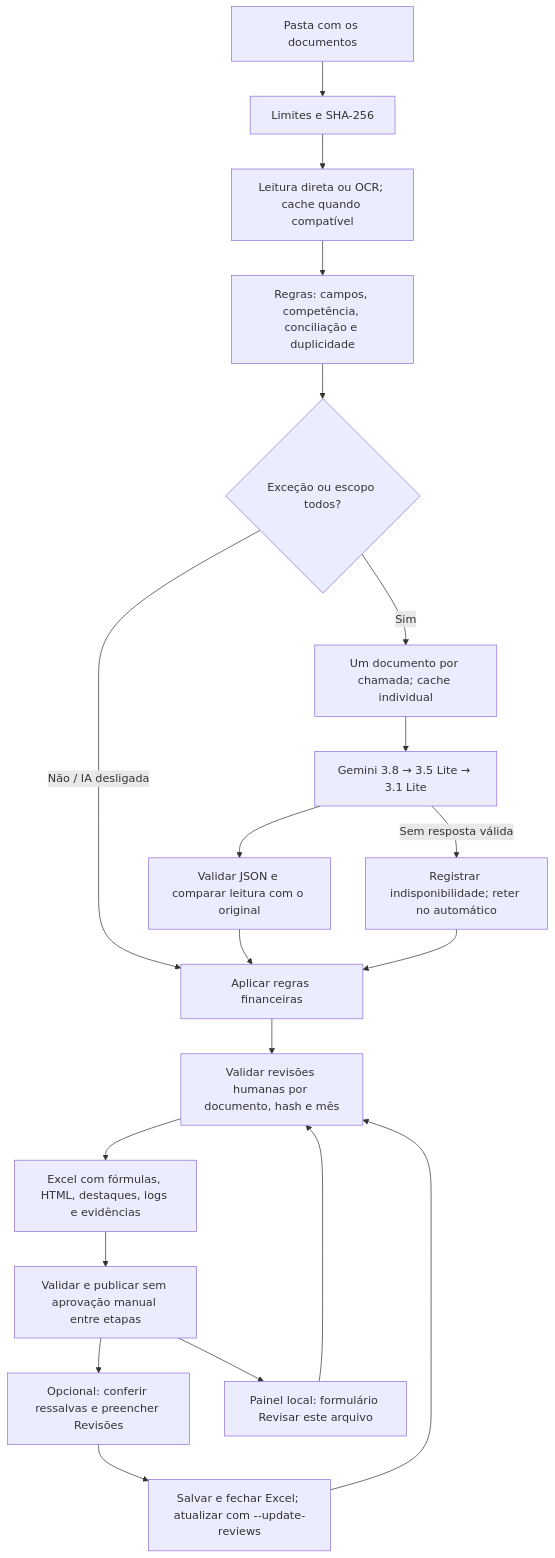
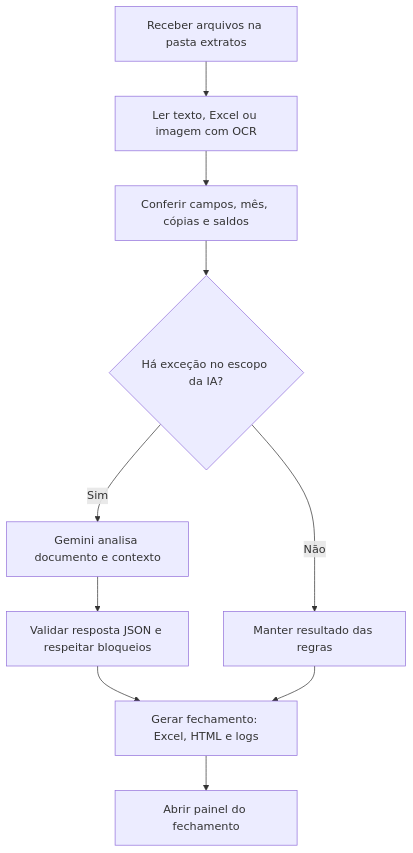
Before and after one commit to felipexxxxx/goener-case: the first of 3 diagrams in README.md, drawn with Mermaid. The commit also changed other lines of this file and 15 other files, not shown here.

````diff
--- a/README.md
+++ b/README.md
@@ -203,22 +79,12 @@
 ```mermaid
 flowchart TD
-    A[Pasta com os documentos] --> B[Limites e SHA-256]
-    B --> C[Leitura direta ou OCR; cache quando compatível]
-    C --> D[Regras: campos, competência, conciliação e duplicidade]
-    D --> E{Exceção ou escopo todos?}
-    E -- Não / IA desligada --> I[Aplicar regras financeiras]
-    E -- Sim --> F[Um documento por chamada; cache individual]
-    F --> G[Gemini 3.8 → 3.5 Lite → 3.1 Lite]
-    G --> H[Validar JSON e comparar leitura com o original]
-    H --> I
-    G -- Sem resposta válida --> J[Registrar indisponibilidade; reter no automático]
-    J --> I
-    I --> R[Validar revisões humanas por documento, hash e mês]
-    R --> K[Excel com fórmulas, HTML, destaques, logs e evidências]
-    K --> L[Validar e publicar sem aprovação manual entre etapas]
-    L --> M[Opcional: conferir ressalvas e preencher Revisões]
-    M --> N[Salvar e fechar Excel; atualizar com --update-reviews]
-    N --> R
-    L --> O[Painel local: formulário Revisar este arquivo]
-    O --> R
+    A[Receber arquivos na pasta extratos] --> B[Ler texto, Excel ou imagem com OCR]
+    B --> C[Conferir campos, mês, cópias e saldos]
+    C --> D{Há exceção no escopo da IA?}
+    D -- Não --> E[Manter resultado das regras]
+    D -- Sim --> F[Gemini analisa documento e contexto]
+    F --> G[Validar resposta JSON e respeitar bloqueios]
+    G --> H[Gerar fechamento: Excel, HTML e logs]
+    E --> H
+    H --> I[Abrir painel do fechamento]
 ```
````
